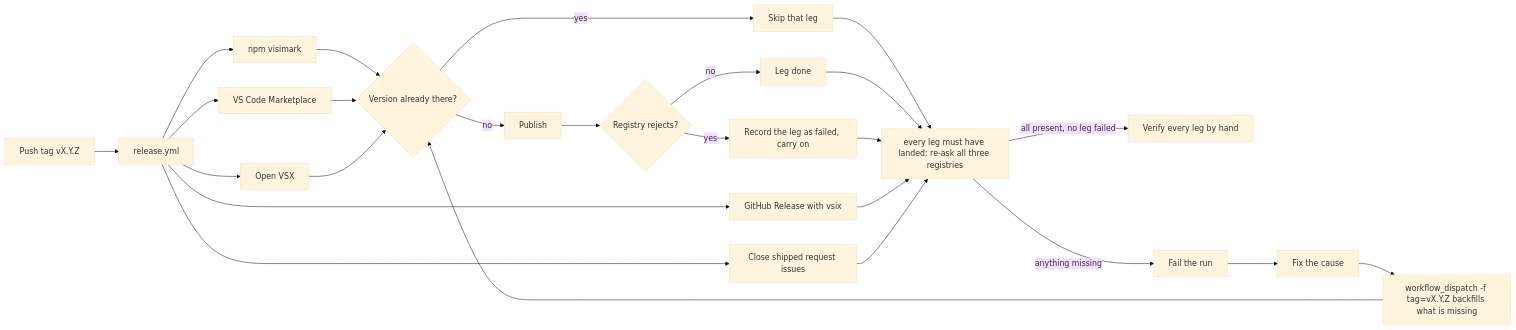
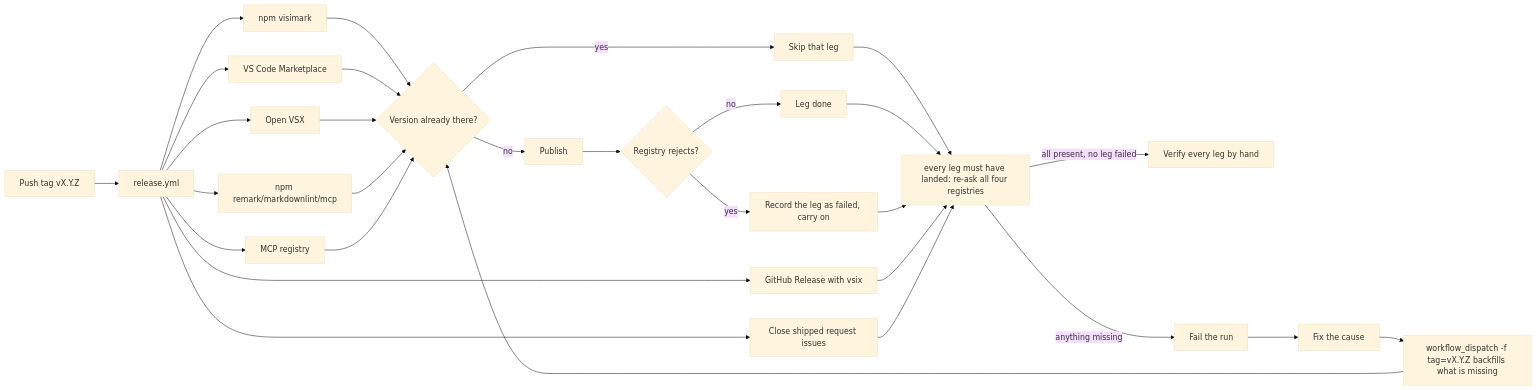
The first of 2 diagrams in docs/releasing.md (michal-niedzwiedzki/visimark), drawn with Mermaid (base theme) before and after one commit. The commit also changed other lines of this file and 8 other files, not shown here.

First line of the commit message:
docs: the MCP server, across every file that states current behaviour (#169)

````diff
--- a/docs/releasing.md
+++ b/docs/releasing.md
@@ -42,27 +47,31 @@
 ```mermaid
 flowchart LR
   tag[Push tag vX.Y.Z] --> run[release.yml]
   run --> npm[npm visimark]
+  run --> npmplugins[npm remark/markdownlint/mcp]
+  run --> mcpreg[MCP registry]
   run --> vsce[VS Code Marketplace]
   run --> ovsx[Open VSX]
   run --> ghrel[GitHub Release with vsix]
   run --> closeIss[Close shipped request issues]
   npm --> present{"Version already there?"}
   vsce --> present
   ovsx --> present
+  npmplugins --> present
+  mcpreg --> present
   present -->|yes| skip[Skip that leg]
   present -->|no| pub[Publish]
   pub --> rejected{"Registry rejects?"}
   rejected -->|yes| legfail[Record the leg as failed, carry on]
   rejected -->|no| ok[Leg done]
-  skip --> gate["every leg must have landed: re-ask all three registries"]
+  skip --> gate["every leg must have landed: re-ask all four registries"]
   ok --> gate
   legfail --> gate
   ghrel --> gate
   closeIss --> gate
   gate -->|all present, no leg failed| verify[Verify every leg by hand]
   gate -->|anything missing| fail[Fail the run]
   fail --> fix[Fix the cause]
   fix --> dispatch["workflow_dispatch -f tag=vX.Y.Z backfills what is missing"]
   dispatch --> present
 ```
````
